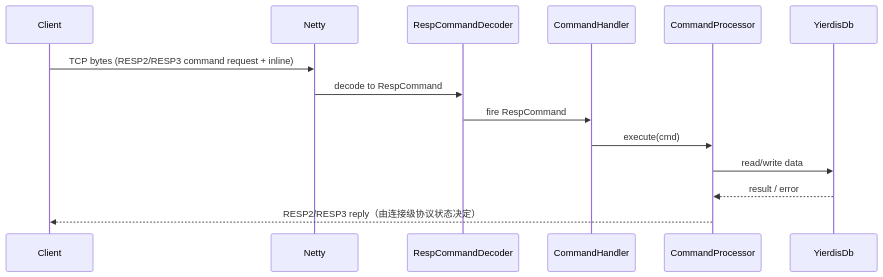
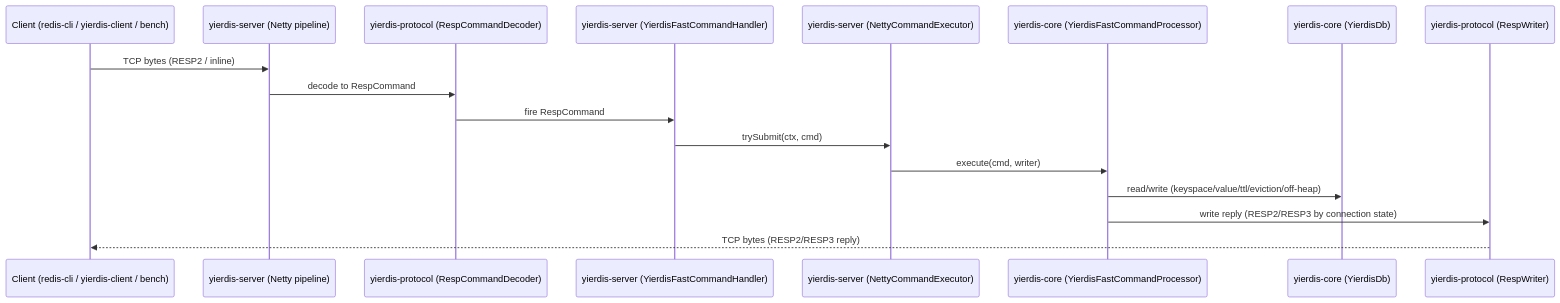
One commit to skt-shinyruo/Yierdis changed the second of 2 diagrams in helloagents/wiki/arch.md. Above: the diagram before and after it, drawn with Mermaid. The commit also changed other lines of this file and 135 other files, not shown here.

First line of the commit message:
refactor: split modules (client/core/protocol)

````diff
--- a/helloagents/wiki/arch.md
+++ b/helloagents/wiki/arch.md
@@ -24,17 +63,20 @@
 ```mermaid
 sequenceDiagram
-    participant Client
-    participant Netty
-    participant Decoder as RespCommandDecoder
-    participant Handler as CommandHandler
-    participant Processor as CommandProcessor
-    participant DB as YierdisDb
+  participant Client as Client (redis-cli / yierdis-client / bench)
+  participant Netty as yierdis-server (Netty pipeline)
+  participant Decoder as yierdis-protocol (RespCommandDecoder)
+  participant Handler as yierdis-server (YierdisFastCommandHandler)
+  participant Exec as yierdis-server (NettyCommandExecutor)
+  participant Processor as yierdis-core (YierdisFastCommandProcessor)
+  participant DB as yierdis-core (YierdisDb)
+  participant Writer as yierdis-protocol (RespWriter)
 
-    Client->>Netty: TCP bytes (RESP2/RESP3 command request + inline)
-    Netty->>Decoder: decode to RespCommand
-    Decoder->>Handler: fire RespCommand
-    Handler->>Processor: execute(cmd)
-    Processor->>DB: read/write data
-    DB-->>Processor: result / error
-    Processor-->>Client: RESP2/RESP3 reply（由连接级协议状态决定）
+  Client->>Netty: TCP bytes (RESP2 / inline)
+  Netty->>Decoder: decode to RespCommand
+  Decoder->>Handler: fire RespCommand
+  Handler->>Exec: trySubmit(ctx, cmd)
+  Exec->>Processor: execute(cmd, writer)
+  Processor->>DB: read/write (keyspace/value/ttl/eviction/off-heap)
+  Processor->>Writer: write reply (RESP2/RESP3 by connection state)
+  Writer-->>Client: TCP bytes (RESP2/RESP3 reply)
 ```
````
